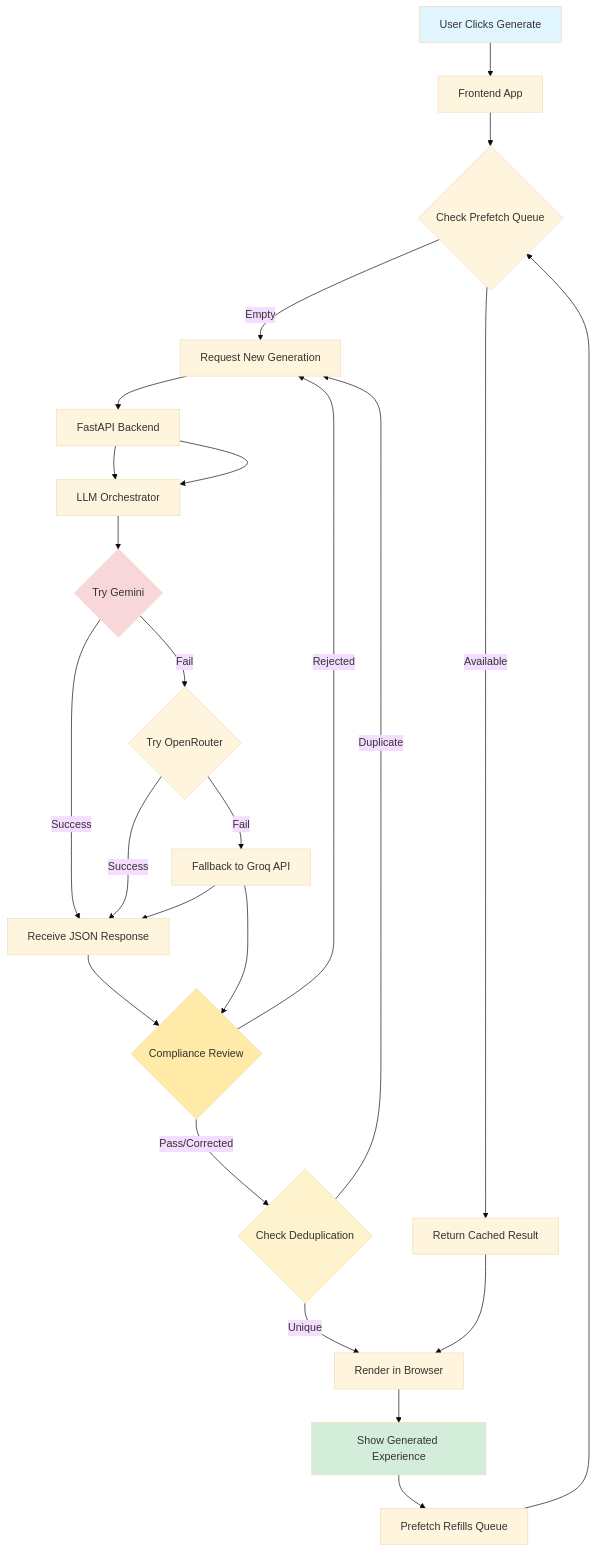
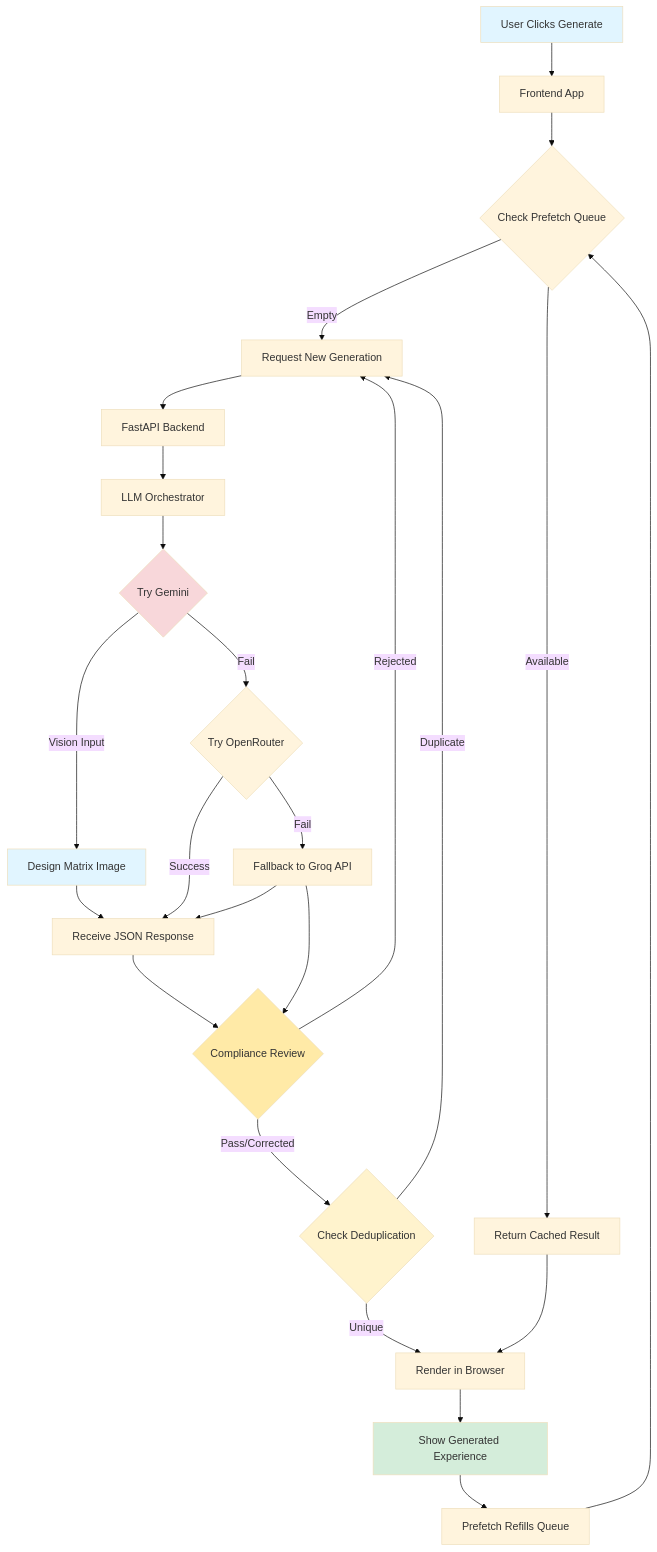
The diagram in README.md (lesprgm/Roulette), drawn with Mermaid (base theme) before and after one commit. The commit also changed other lines of this file and 4 other files, not shown here.

Commit message:
feat: improve LLM generation quality with prompt updates, runtime validation, and vision grounding for multimodal input

````diff
--- a/README.md
+++ b/README.md
@@ -52,32 +52,33 @@
 ```mermaid
 graph TD
     A[User Clicks Generate] --> B[Frontend App]
     B --> C{Check Prefetch Queue}
     C -->|Available| D[Return Cached Result]
     C -->|Empty| E[Request New Generation]
     E --> F[FastAPI Backend]
     F --> G[LLM Orchestrator]
-    F --> G[LLM Orchestrator]
     G --> H{Try Gemini}
-    H -->|Success| I[Receive JSON Response]
+    H -->|Vision Input| H2[Design Matrix Image]
+    H2 --> I[Receive JSON Response]
     H -->|Fail| J{Try OpenRouter}
     J -->|Success| I
     J -->|Fail| K[Fallback to Groq API]
     K --> I
     I --> L[Normalize & Validate]
     K --> L{Compliance Review}
     L -->|Pass/Corrected| M{Check Deduplication}
     L -->|Rejected| E
     M -->|Unique| N[Render in Browser]
     M -->|Duplicate| E
     N --> O[Show Generated Experience]
     O --> P[Prefetch Refills Queue]
     P --> C
     D --> N
     
     style A fill:#e1f5ff
     style O fill:#d4edda
     style L fill:#ffeaa7
     style M fill:#fff3cd
     style H fill:#f8d7da
+    style H2 fill:#e1f5ff
 ```
````
